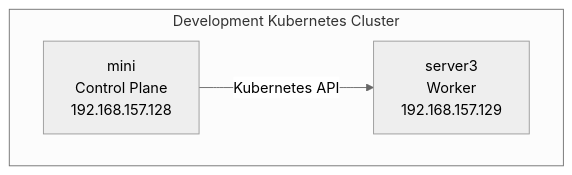
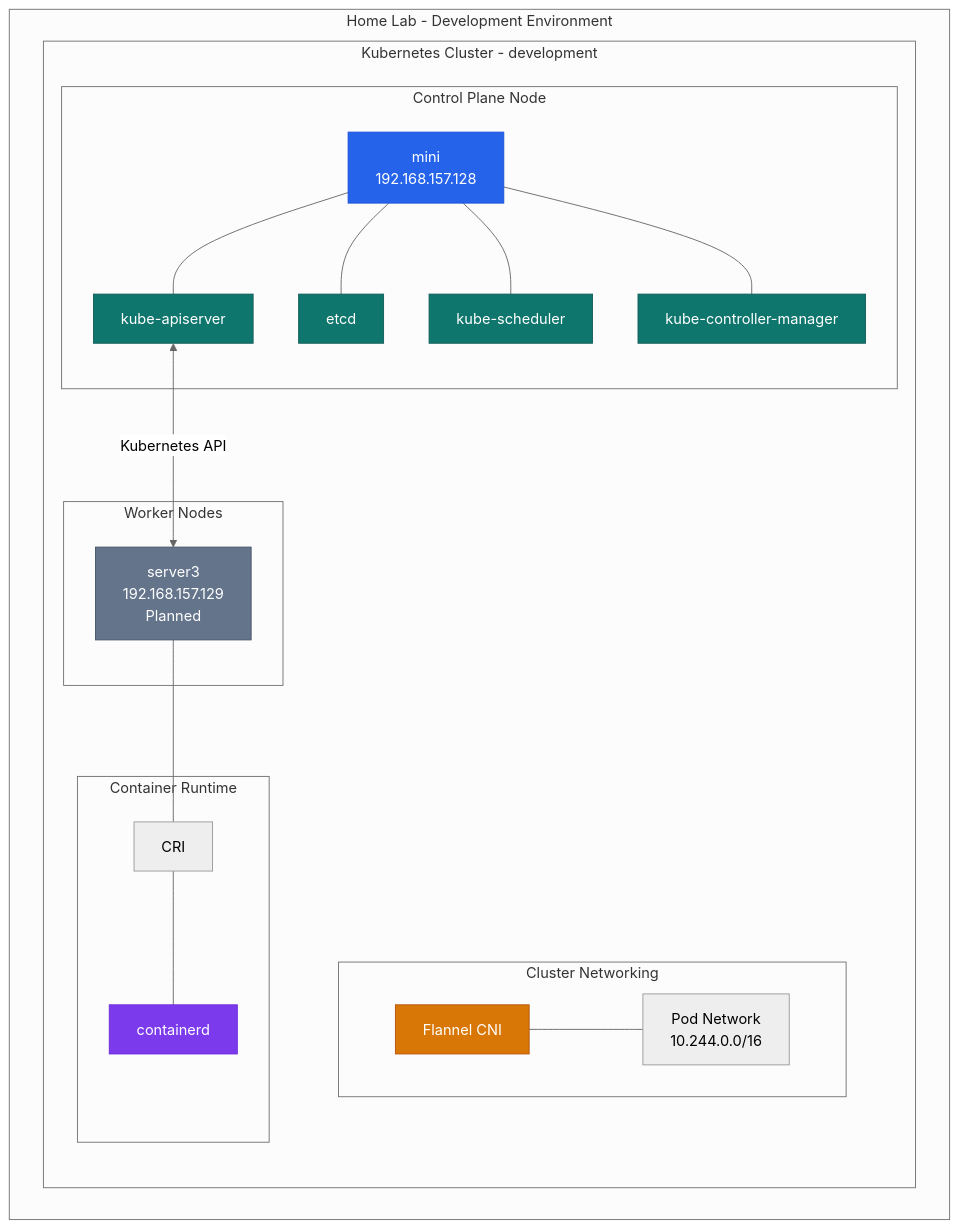
One commit to lost-glasses/home-lab changed the diagram in README.md. Above: the diagram before and after it, drawn with Mermaid (neutral theme).

````diff
--- a/README.md
+++ b/README.md
@@ -11,8 +11,51 @@
 ```mermaid
 flowchart TB
-    subgraph Cluster["Development Kubernetes Cluster"]
-        CP["mini<br/>Control Plane<br/>192.168.157.128"]
-        WK["server3<br/>Worker<br/>192.168.157.129"]
-        CP -->|Kubernetes API| WK
+
+    subgraph LAB["Home Lab - Development Environment"]
+
+        subgraph CLUSTER["Kubernetes Cluster - development"]
+
+            subgraph CP["Control Plane Node"]
+                MINI["mini<br/>192.168.157.128"]
+
+                API["kube-apiserver"]
+                ETCD["etcd"]
+                SCHED["kube-scheduler"]
+                CM["kube-controller-manager"]
+
+                MINI --- API
+                MINI --- ETCD
+                MINI --- SCHED
+                MINI --- CM
+            end
+
+            subgraph WORKERS["Worker Nodes"]
+                SERVER3["server3<br/>192.168.157.129<br/>Planned"]
+            end
+
+            subgraph NETWORK["Cluster Networking"]
+                FLANNEL["Flannel CNI"]
+                PODNET["Pod Network<br/>10.244.0.0/16"]
+            end
+
+            subgraph RUNTIME["Container Runtime"]
+                CRI["CRI"]
+                CONTAINERD["containerd"]
+            end
+
+            API <-->|Kubernetes API| SERVER3
+            SERVER3 --- CRI
+            CRI --- CONTAINERD
+            FLANNEL --- PODNET
+        end
     end
+
+    style MINI fill:#2563eb,color:#fff,stroke:#1d4ed8
+    style SERVER3 fill:#64748b,color:#fff,stroke:#475569
+    style API fill:#0f766e,color:#fff,stroke:#115e59
+    style ETCD fill:#0f766e,color:#fff,stroke:#115e59
+    style SCHED fill:#0f766e,color:#fff,stroke:#115e59
+    style CM fill:#0f766e,color:#fff,stroke:#115e59
+    style CONTAINERD fill:#7c3aed,color:#fff,stroke:#6d28d9
+    style FLANNEL fill:#d97706,color:#fff,stroke:#b45309
 ```
````
